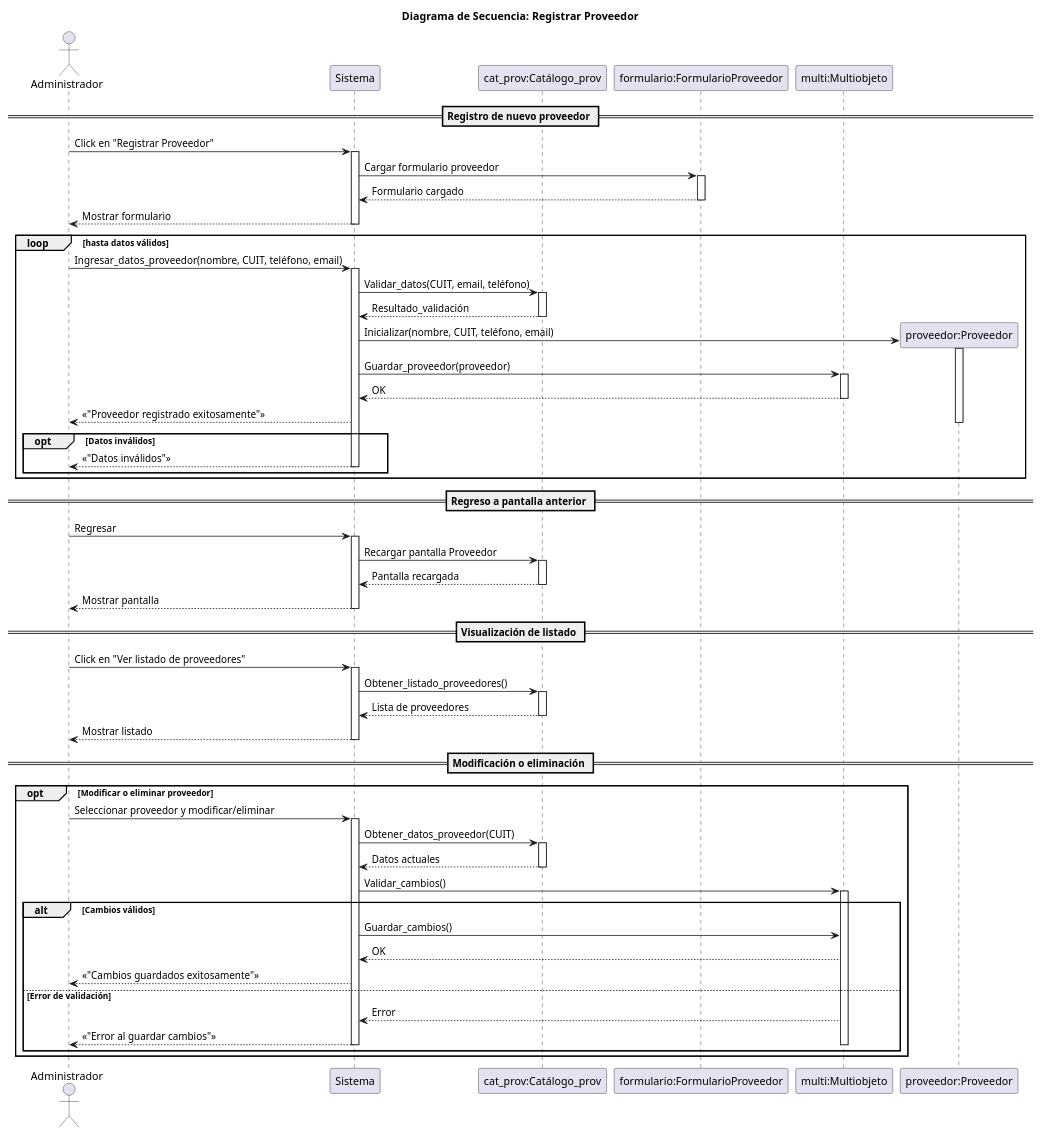
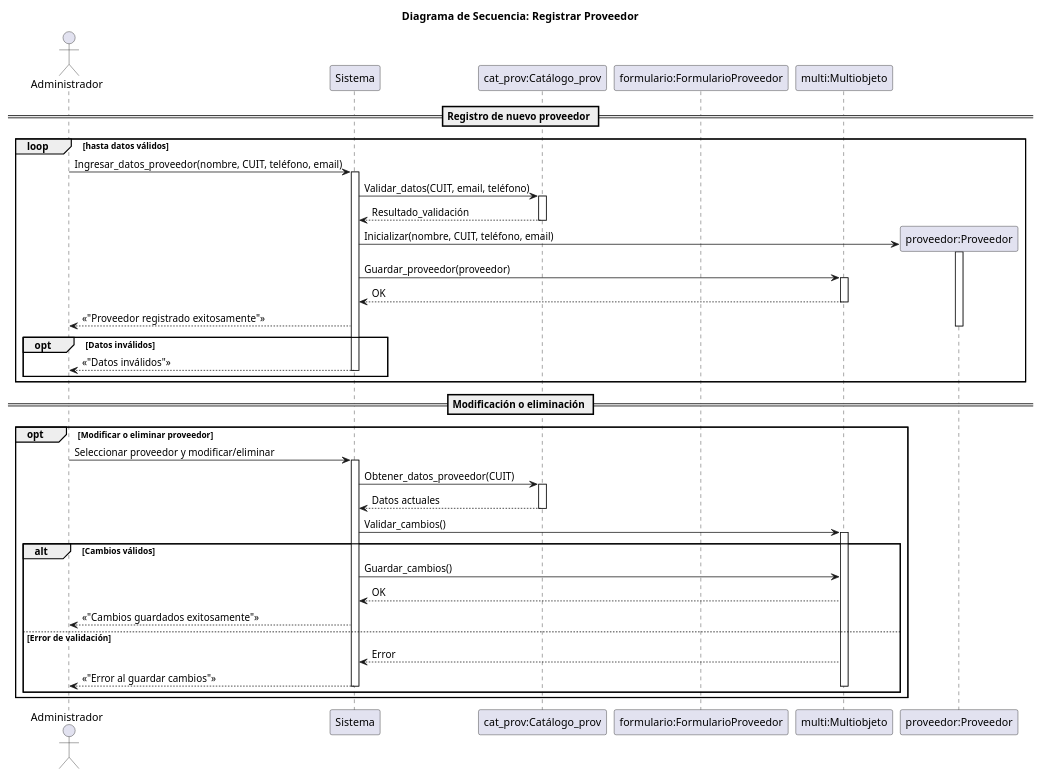
One commit to Luci1274/PPI_Proyecto_gomeria changed the diagram in 08-Diagrama-secuencia/05_Registrar_proveedor.puml. Above: the diagram before and after it, drawn with PlantUML. The commit also changed 5 other files, not shown here.

First line of the commit message:
Update sequence diagrams for sales, products, and providers

```diff
--- a/08-Diagrama-secuencia/05_Registrar_proveedor.puml
+++ b/08-Diagrama-secuencia/05_Registrar_proveedor.puml
@@ -1,86 +1,58 @@
 @startuml proveedor
 
 title Diagrama de Secuencia: Registrar Proveedor
 
 actor Administrador
 participant Sistema
 participant "cat_prov:Catálogo_prov" as Cat_prov
 participant "formulario:FormularioProveedor" as Formulario
 participant "multi:Multiobjeto" as MULT
 
 == Registro de nuevo proveedor ==
-Administrador -> Sistema: Click en "Registrar Proveedor"
-activate Sistema
-Sistema -> Formulario: Cargar formulario proveedor
-activate Formulario
-Formulario --> Sistema: Formulario cargado
-deactivate Formulario
-Sistema --> Administrador: Mostrar formulario
-deactivate Sistema
 
 loop hasta datos válidos
     Administrador -> Sistema: Ingresar_datos_proveedor(nombre, CUIT, teléfono, email)
     activate Sistema
     Sistema -> Cat_prov: Validar_datos(CUIT, email, teléfono)
     activate Cat_prov
     Cat_prov --> Sistema: Resultado_validación
     deactivate Cat_prov
 
     create "proveedor:Proveedor" as P
     Sistema -> P: Inicializar(nombre, CUIT, teléfono, email)
     activate P
     Sistema -> MULT: Guardar_proveedor(proveedor)
     activate MULT
     MULT --> Sistema: OK
     deactivate MULT
     Sistema --> Administrador: <<"Proveedor registrado exitosamente">>
     deactivate P
     opt Datos inválidos
         Sistema --> Administrador: <<"Datos inválidos">>
         deactivate Sistema
     end
 end
 
-== Regreso a pantalla anterior ==
-Administrador -> Sistema: Regresar
-activate Sistema
-Sistema -> Cat_prov: Recargar pantalla Proveedor
-activate Cat_prov
-Cat_prov --> Sistema: Pantalla recargada
-deactivate Cat_prov
-Sistema --> Administrador: Mostrar pantalla
-deactivate Sistema
-
-== Visualización de listado ==
-Administrador -> Sistema: Click en "Ver listado de proveedores"
-activate Sistema
-Sistema -> Cat_prov: Obtener_listado_proveedores()
-activate Cat_prov
-Cat_prov --> Sistema: Lista de proveedores
-deactivate Cat_prov
-Sistema --> Administrador: Mostrar listado
-deactivate Sistema
-
 == Modificación o eliminación ==
 opt Modificar o eliminar proveedor
     Administrador -> Sistema: Seleccionar proveedor y modificar/eliminar
     activate Sistema
     Sistema -> Cat_prov: Obtener_datos_proveedor(CUIT)
     activate Cat_prov
     Cat_prov --> Sistema: Datos actuales
     deactivate Cat_prov
     Sistema -> MULT: Validar_cambios()
     activate MULT
     alt Cambios válidos
         Sistema -> MULT: Guardar_cambios()
         MULT --> Sistema: OK
         Sistema --> Administrador: <<"Cambios guardados exitosamente">>
     else Error de validación
         MULT --> Sistema: Error
         Sistema --> Administrador: <<"Error al guardar cambios">>
         deactivate MULT
         deactivate Sistema    
     end
 end
 
 @enduml
```
